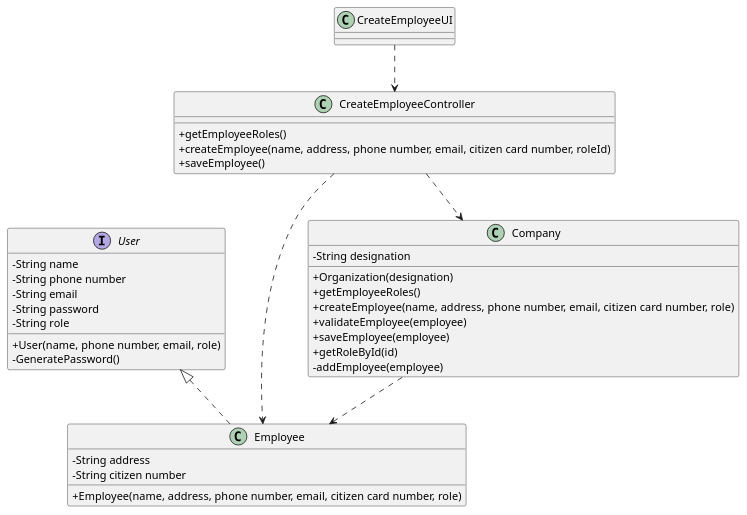
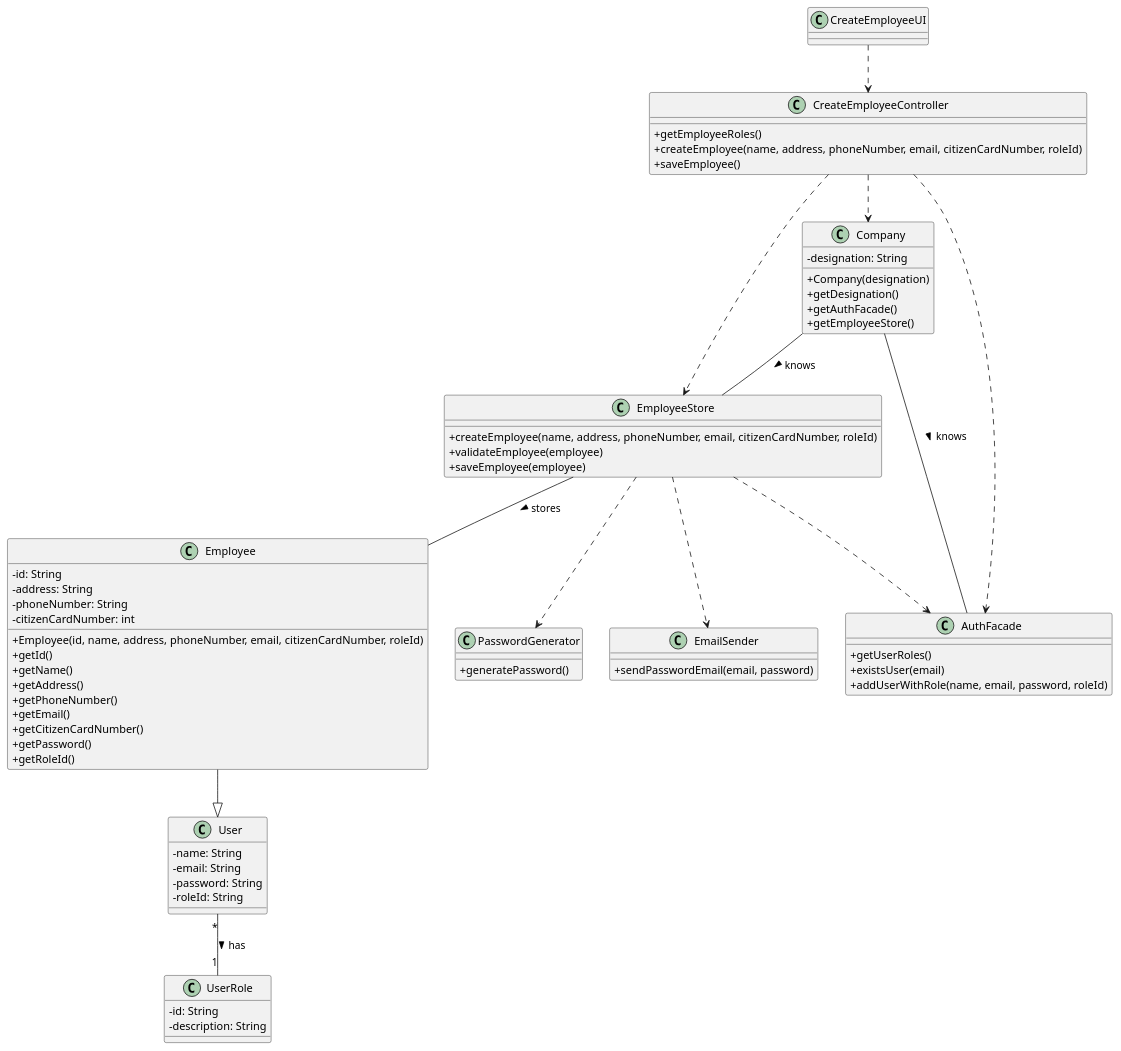
One commit to miseEnPlace-i/lapr2 changed the diagram in docs/SprintB/US10/CD/US10_CD.puml. Above: the diagram before and after it, drawn with PlantUML.

Commit message:
docs(us-10): updated cd

```diff
--- a/docs/SprintB/US10/CD/US10_CD.puml
+++ b/docs/SprintB/US10/CD/US10_CD.puml
@@ -1,46 +1,87 @@
 @startuml US10_CD
 skinparam classAttributeIconSize 0
 
-class Employee {
-  -String address
-  -String citizen number
-  +Employee(name, address, phone number, email, citizen card number, role)
-}
-
-interface User {  
-  -String name
-  -String phone number
-  -String email
-  -String password
-  -String role
-  +User(name, phone number, email, role)
-  -GeneratePassword()
-}
-
-class Company {
-  -String designation
-  +Organization(designation)
-  +getEmployeeRoles()
-  +createEmployee(name, address, phone number, email, citizen card number, role)
-  +validateEmployee(employee)
-  +saveEmployee(employee)
-  +getRoleById(id)
-  -addEmployee(employee)
+class CreateEmployeeUI {
 }
 
 class CreateEmployeeController {
   +getEmployeeRoles()
-  +createEmployee(name, address, phone number, email, citizen card number, roleId)
+  +createEmployee(name, address, phoneNumber, email, citizenCardNumber, roleId)
   +saveEmployee()
 }
 
-class CreateEmployeeUI {
+class Company {
+  -designation: String
+  +Company(designation)
+  +getDesignation()
+  +getAuthFacade()
+  +getEmployeeStore()
+}
+
+class EmployeeStore {
+  +createEmployee(name, address, phoneNumber, email, citizenCardNumber, roleId)
+  +validateEmployee(employee)
+  +saveEmployee(employee)
+}
+
+class Employee {
+  -id: String
+  -address: String
+  -phoneNumber: String
+  -citizenCardNumber: int
+  +Employee(id, name, address, phoneNumber, email, citizenCardNumber, roleId)
+  +getId()
+  +getName()
+  +getAddress()
+  +getPhoneNumber()
+  +getEmail()
+  +getCitizenCardNumber()
+  +getPassword()
+  +getRoleId()
+}
+
+class AuthFacade {
+  +getUserRoles()
+  +existsUser(email)
+  +addUserWithRole(name, email, password, roleId)
+}
+
+class PasswordGenerator {
+  +generatePassword()
+}
+
+class EmailSender {
+  +sendPasswordEmail(email, password)
+}
+
+class User {
+  -name: String
+  -email: String
+  -password: String
+  -roleId: String
+}
+
+class UserRole {
+  -id: String
+  -description: String
 }
 
 CreateEmployeeUI ..> CreateEmployeeController
-CreateEmployeeController ..> Employee
+
+CreateEmployeeController ..> EmployeeStore
 CreateEmployeeController ..> Company
-Company ..> Employee
-User <|.. Employee 
+CreateEmployeeController ..> AuthFacade
+
+EmployeeStore ..> AuthFacade
+EmployeeStore ..> PasswordGenerator
+EmployeeStore ..> EmailSender
+EmployeeStore -- Employee : stores >
+
+Company -- AuthFacade : knows >
+Company -- EmployeeStore : knows >
+
+Employee --|> User
+
+User "*" -- "1" UserRole : has >
 
 @enduml
```
